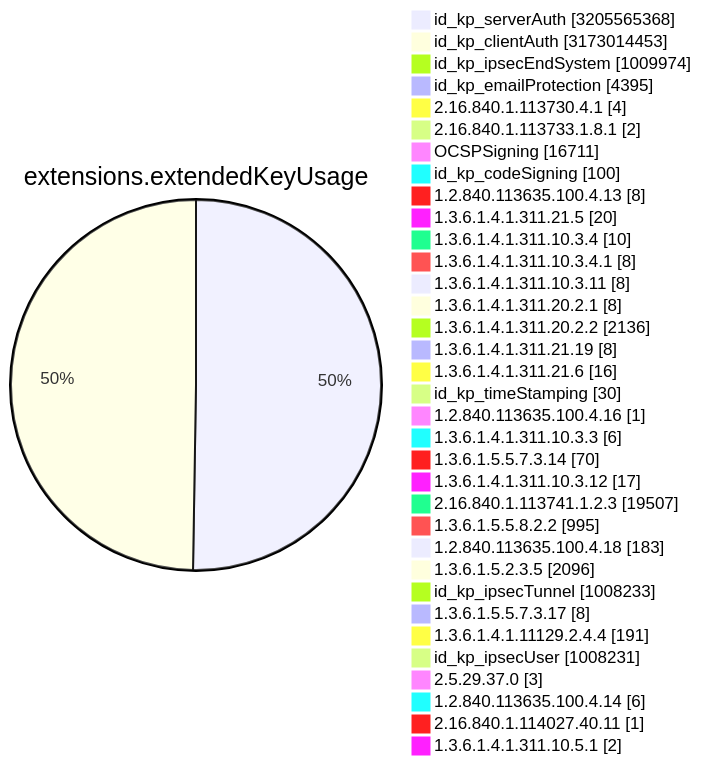
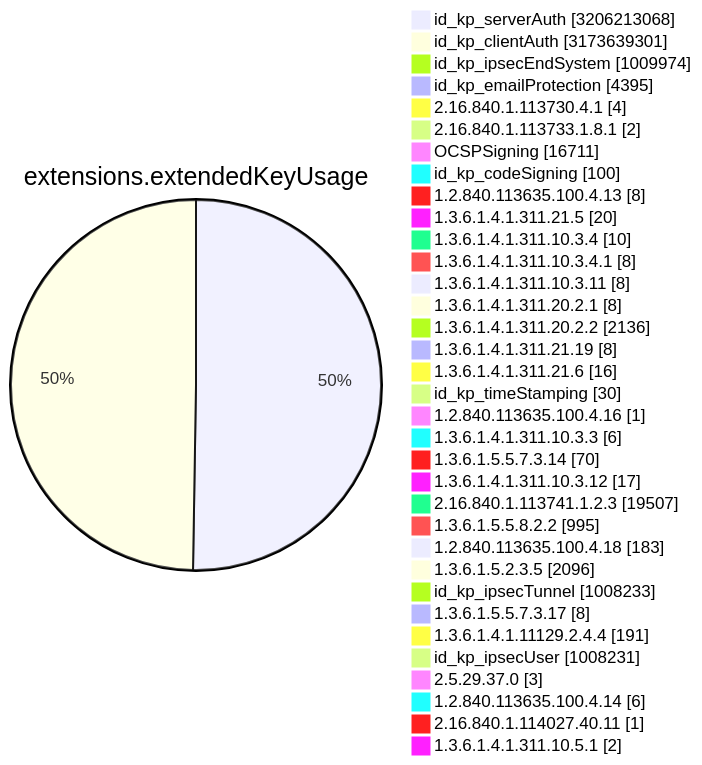
Before and after one commit to christiankrug/ctmonitor_visualization: diagram 11 of 15 in TOTAL/README.md, drawn with Mermaid. The commit also changed other lines of this file, not shown here.

````diff
--- a/TOTAL/README.md
+++ b/TOTAL/README.md
@@ -4119,38 +4119,38 @@
 ```mermaid
 pie showData
 title extensions.extendedKeyUsage
-"id_kp_serverAuth" :3205565368
-"id_kp_clientAuth" :3173014453
+"id_kp_serverAuth" :3206213068
+"id_kp_clientAuth" :3173639301
 "id_kp_ipsecEndSystem" :1009974
 "id_kp_emailProtection" :4395
 "2.16.840.1.113730.4.1" :4
 "2.16.840.1.113733.1.8.1" :2
 "OCSPSigning" :16711
 "id_kp_codeSigning" :100
 "1.2.840.113635.100.4.13" :8
 "1.3.6.1.4.1.311.21.5" :20
 "1.3.6.1.4.1.311.10.3.4" :10
 "1.3.6.1.4.1.311.10.3.4.1" :8
 "1.3.6.1.4.1.311.10.3.11" :8
 "1.3.6.1.4.1.311.20.2.1" :8
 "1.3.6.1.4.1.311.20.2.2" :2136
 "1.3.6.1.4.1.311.21.19" :8
 "1.3.6.1.4.1.311.21.6" :16
 "id_kp_timeStamping" :30
 "1.2.840.113635.100.4.16" :1
 "1.3.6.1.4.1.311.10.3.3" :6
 "1.3.6.1.5.5.7.3.14" :70
 "1.3.6.1.4.1.311.10.3.12" :17
 "2.16.840.1.113741.1.2.3" :19507
 "1.3.6.1.5.5.8.2.2" :995
 "1.2.840.113635.100.4.18" :183
 "1.3.6.1.5.2.3.5" :2096
 "id_kp_ipsecTunnel" :1008233
 "1.3.6.1.5.5.7.3.17" :8
 "1.3.6.1.4.1.11129.2.4.4" :191
 "id_kp_ipsecUser" :1008231
 "2.5.29.37.0" :3
 "1.2.840.113635.100.4.14" :6
 "2.16.840.1.114027.40.11" :1
 "1.3.6.1.4.1.311.10.5.1" :2
 ```
````
